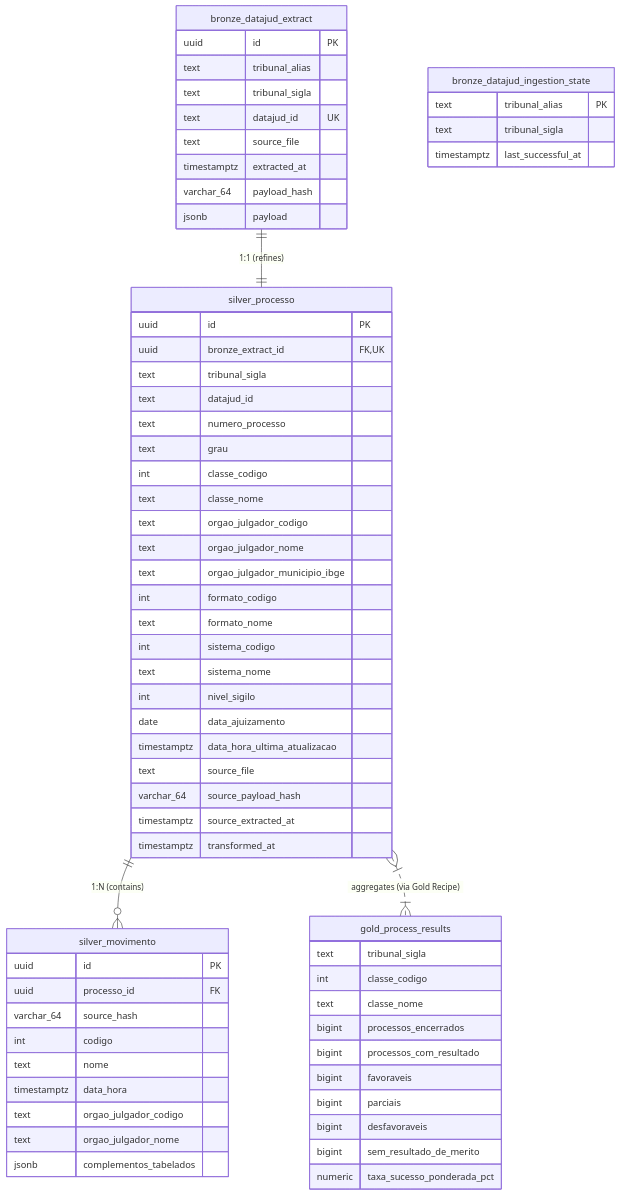
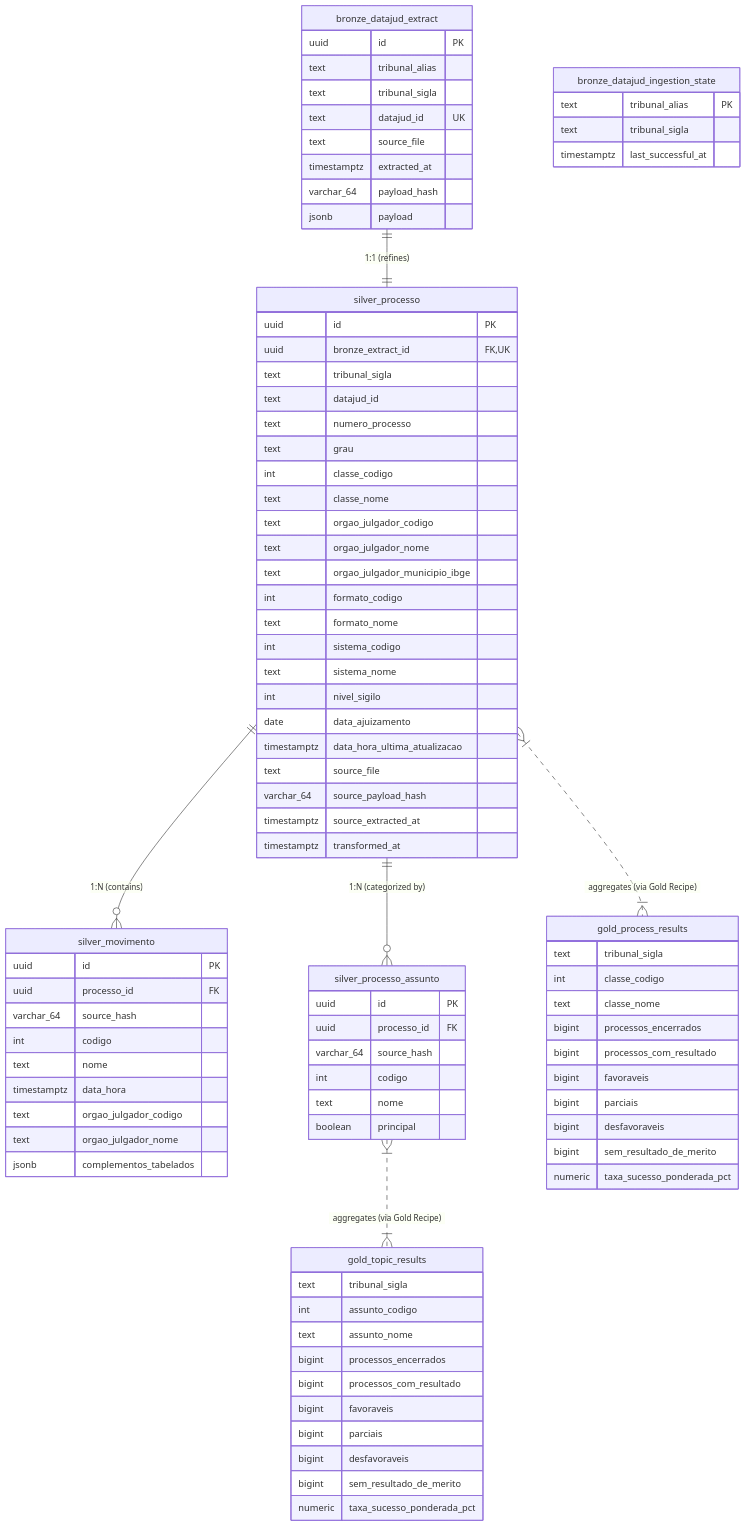
The diagram in docs/architecture/data-dictionary.md (DataTechApi/DataLaw), drawn with Mermaid before and after one commit. The commit also changed other lines of this file and 9 other files, not shown here.

````diff
--- a/docs/architecture/data-dictionary.md
+++ b/docs/architecture/data-dictionary.md
@@ -77,6 +77,15 @@
         jsonb complementos_tabelados
     }
 
+    silver_processo_assunto {
+        uuid id PK
+        uuid processo_id FK
+        varchar_64 source_hash
+        int codigo
+        text nome
+        boolean principal
+    }
+
     %% GOLD LAYER
     gold_process_results {
         text tribunal_sigla
@@ -91,8 +100,23 @@
         numeric taxa_sucesso_ponderada_pct
     }
 
+    gold_topic_results {
+        text tribunal_sigla
+        int assunto_codigo
+        text assunto_nome
+        bigint processos_encerrados
+        bigint processos_com_resultado
+        bigint favoraveis
+        bigint parciais
+        bigint desfavoraveis
+        bigint sem_resultado_de_merito
+        numeric taxa_sucesso_ponderada_pct
+    }
+
     %% RELATIONSHIPS
     bronze_datajud_extract ||--|| silver_processo : "1:1 (refines)"
     silver_processo ||--o{ silver_movimento : "1:N (contains)"
+    silver_processo ||--o{ silver_processo_assunto : "1:N (categorized by)"
     silver_processo }|..|{ gold_process_results : "aggregates (via Gold Recipe)"
+    silver_processo_assunto }|..|{ gold_topic_results : "aggregates (via Gold Recipe)"
 ```
````
